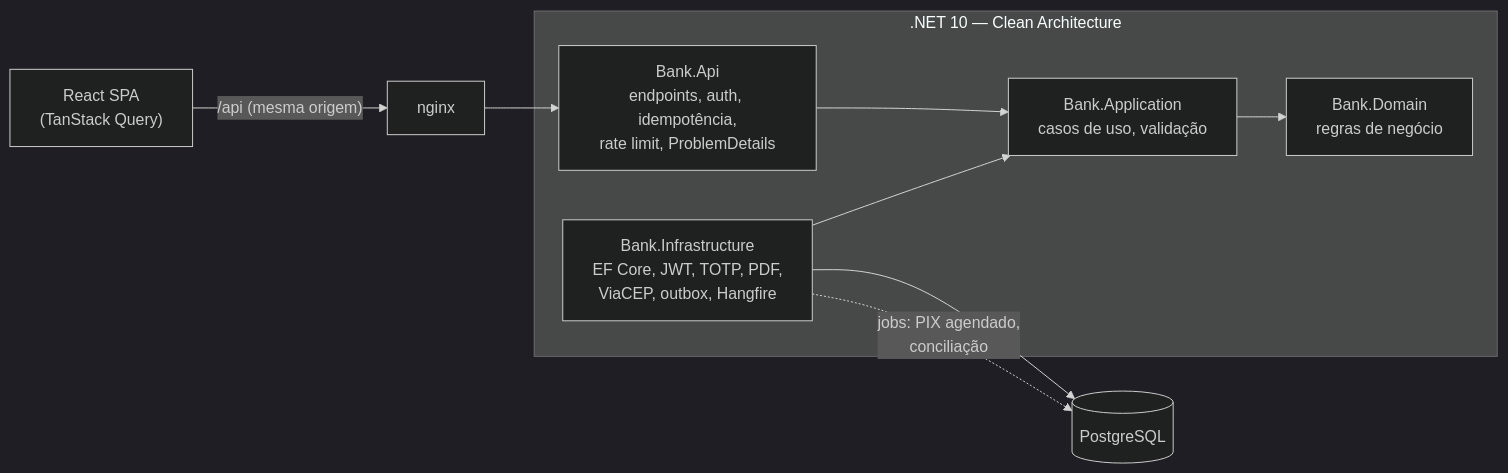
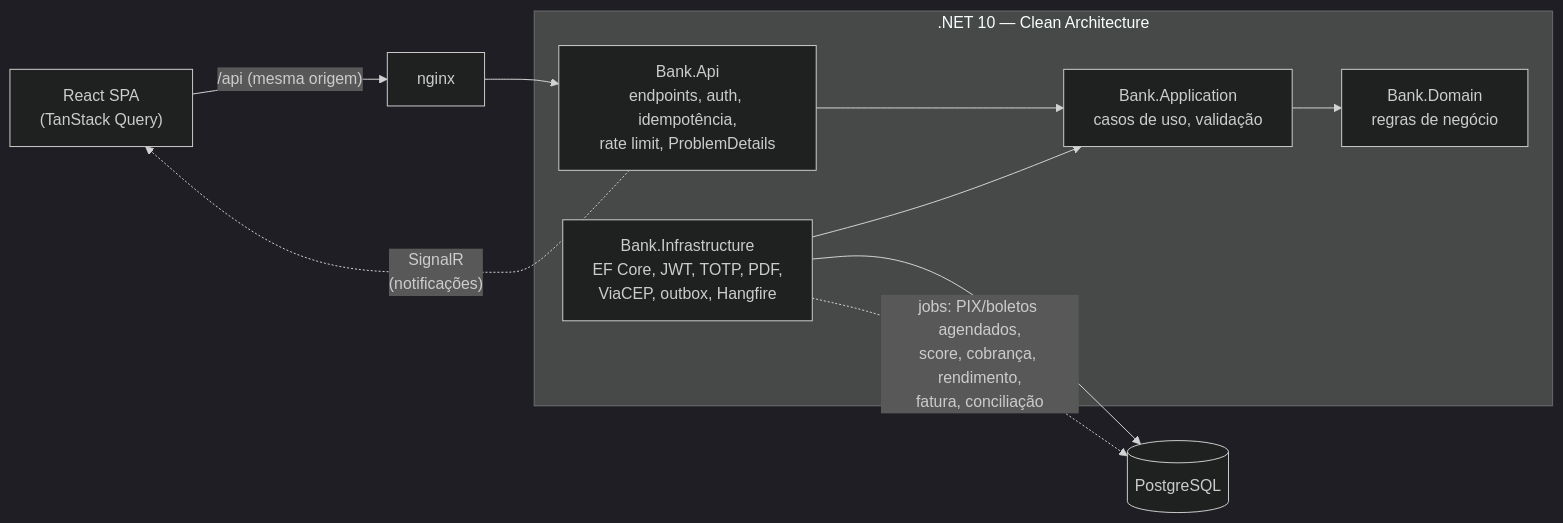
One commit to JhonReimberg/accio-bank changed the first of 2 diagrams in README.md. Above: the diagram before and after it, drawn with Mermaid (dark theme). The commit also changed other lines of this file and 5 other files, not shown here.

````diff
--- a/README.md
+++ b/README.md
@@ -87,12 +112,13 @@
 ```mermaid
 flowchart LR
     Browser["React SPA<br/>(TanStack Query)"] -->|"/api (mesma origem)"| Nginx[nginx]
     Nginx --> Api
     subgraph Backend [".NET 10 — Clean Architecture"]
         Api["Bank.Api<br/>endpoints, auth, idempotência,<br/>rate limit, ProblemDetails"] --> App["Bank.Application<br/>casos de uso, validação"]
         App --> Domain["Bank.Domain<br/>regras de negócio"]
         Infra["Bank.Infrastructure<br/>EF Core, JWT, TOTP, PDF,<br/>ViaCEP, outbox, Hangfire"] --> App
     end
     Infra --> Db[(PostgreSQL)]
-    Infra -. "jobs: PIX agendado,<br/>conciliação" .-> Db
+    Infra -. "jobs: PIX/boletos agendados,<br/>score, cobrança, rendimento,<br/>fatura, conciliação" .-> Db
+    Api -. "SignalR<br/>(notificações)" .-> Browser
 ```
````
